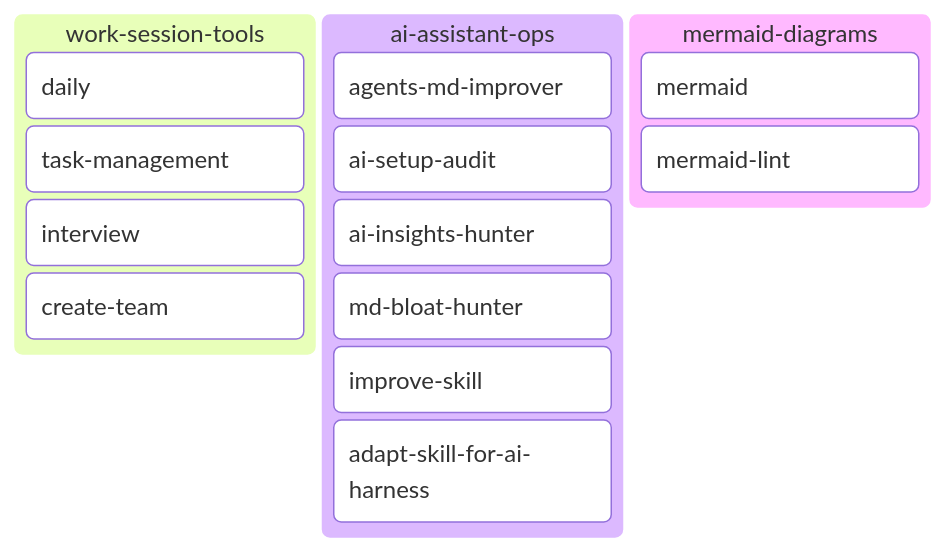
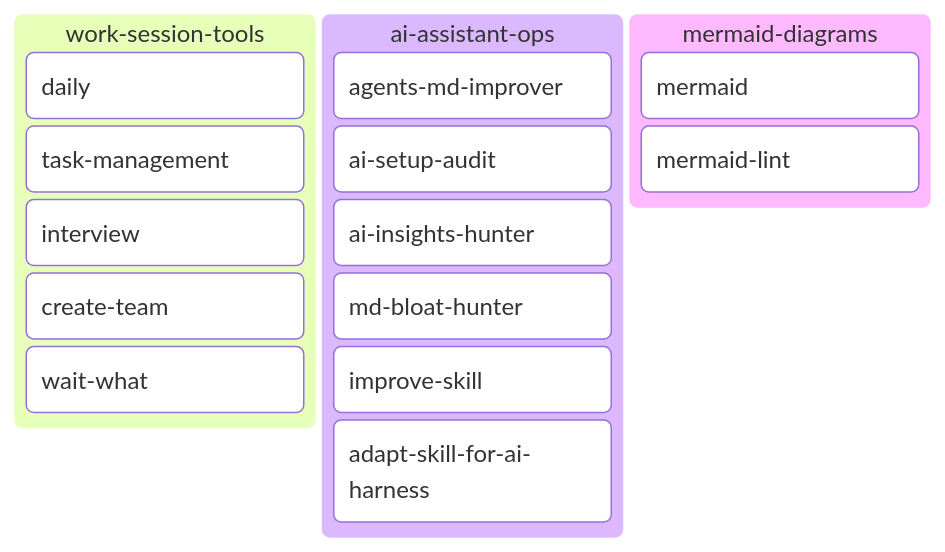
Before and after one commit to Alex-Kopylov/zweihander: the second of 4 diagrams in README.md, drawn with Mermaid. The commit also changed other lines of this file and 6 other files, not shown here.

Commit message:
feat(work-session-tools): add wait-what skill

````diff
--- a/README.md
+++ b/README.md
@@ -53,18 +53,19 @@
 ```mermaid
 kanban
   work_session_tools[work-session-tools]
     wst_daily[daily]
     wst_task_management[task-management]
     wst_interview[interview]
     wst_create_team[create-team]
+    wst_wait_what[wait-what]
   ai_assistant_ops[ai-assistant-ops]
     aao_agents_md_improver[agents-md-improver]
     aao_ai_setup_audit[ai-setup-audit]
     aao_ai_insights_hunter[ai-insights-hunter]
     aao_md_bloat_hunter[md-bloat-hunter]
     aao_improve_skill[improve-skill]
     aao_adapt_skill_for_ai_harness[adapt-skill-for-ai-harness]
   mermaid_diagrams[mermaid-diagrams]
     md_mermaid[mermaid]
     md_mermaid_lint[mermaid-lint]
 ```
````
